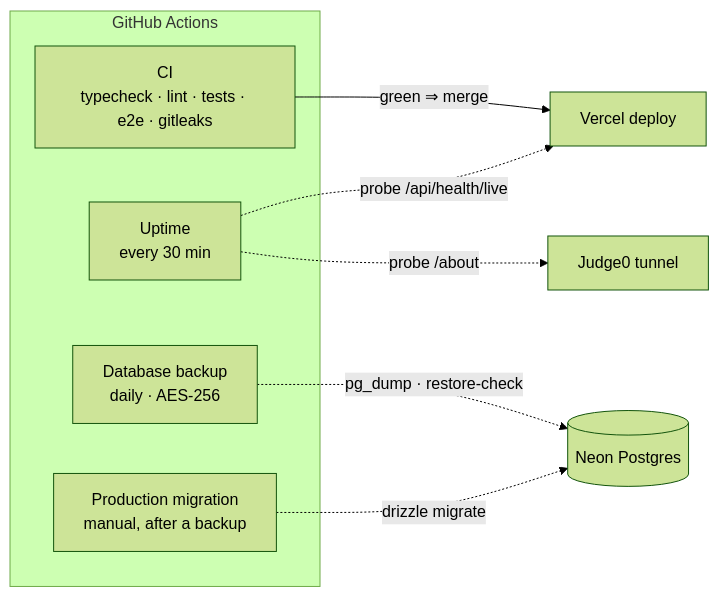
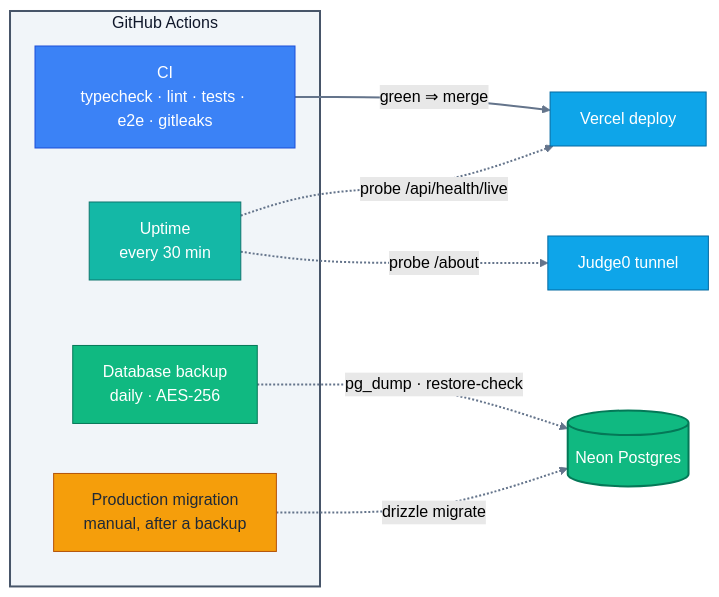
One commit to vikramyadav1404/quadrantcode changed the second of 4 diagrams in README.md. Above: the diagram before and after it, drawn with Mermaid (forest theme). The commit also changed other lines of this file, not shown here.

Commit message:
docs(readme): coloured diagrams, test-case button

````diff
--- a/README.md
+++ b/README.md
@@ -104,14 +119,29 @@
 ```mermaid
 flowchart LR
     subgraph OPS["GitHub Actions"]
         CI["CI<br/>typecheck · lint · tests · e2e · gitleaks"]
         UP["Uptime<br/>every 30 min"]
         BK["Database backup<br/>daily · AES-256"]
         MG["Production migration<br/>manual, after a backup"]
     end
     CI -->|"green ⇒ merge"| VER["Vercel deploy"]
     UP -.->|"probe /api/health/live"| VER
     UP -.->|"probe /about"| JT["Judge0 tunnel"]
     BK -.->|"pg_dump · restore-check"| DB[("Neon Postgres")]
     MG -.->|"drizzle migrate"| DB
+
+    classDef ci fill:#3b82f6,stroke:#1d4ed8,color:#ffffff
+    classDef up fill:#14b8a6,stroke:#0f766e,color:#ffffff
+    classDef bk fill:#10b981,stroke:#047857,color:#ffffff
+    classDef mg fill:#f59e0b,stroke:#b45309,color:#1f2937
+    classDef target fill:#0ea5e9,stroke:#0369a1,color:#ffffff
+    classDef db fill:#10b981,stroke:#047857,color:#ffffff,stroke-width:2px
+    class CI ci
+    class UP up
+    class BK bk
+    class MG mg
+    class VER,JT target
+    class DB db
+    style OPS fill:#f1f5f9,stroke:#475569,stroke-width:2px,color:#0f172a
+    linkStyle default stroke:#64748b,stroke-width:2px
 ```
````
